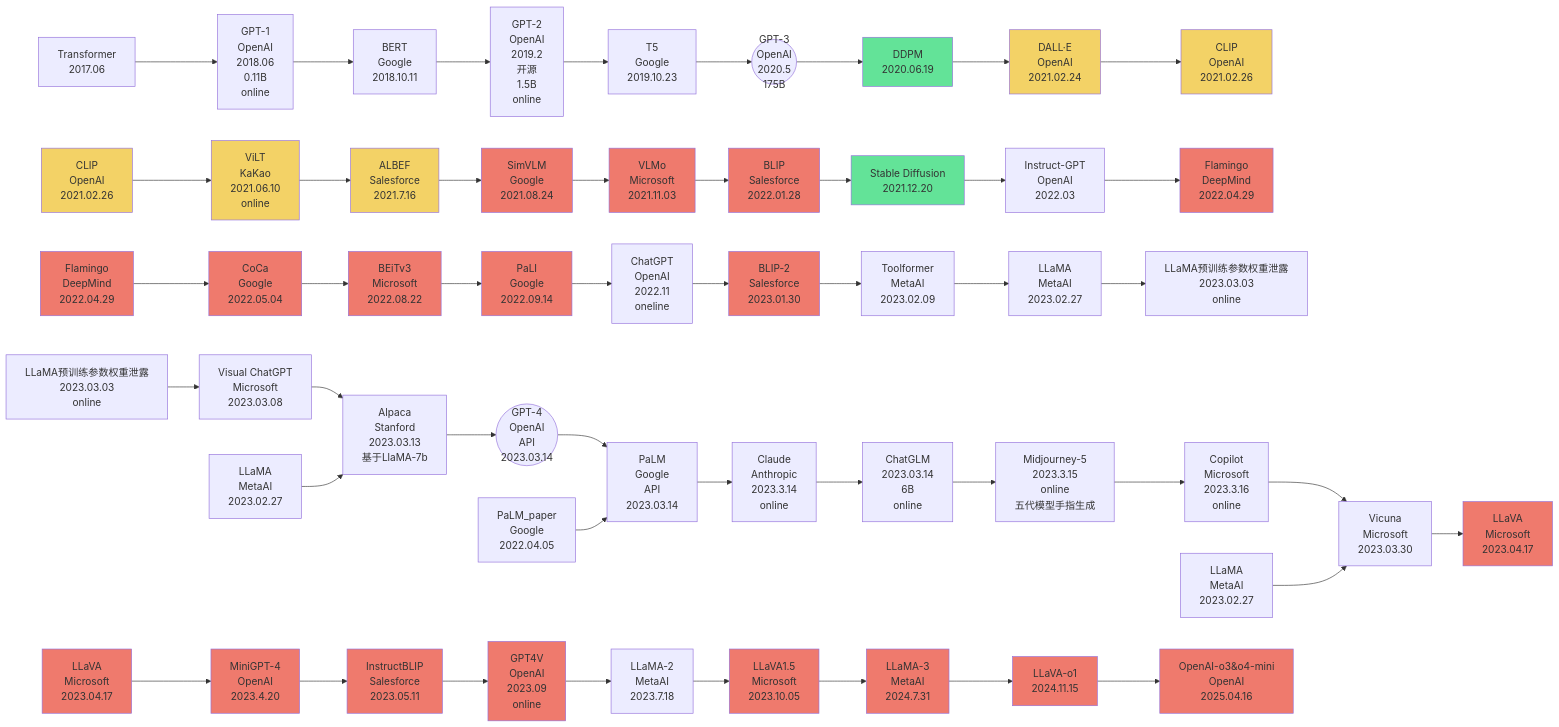
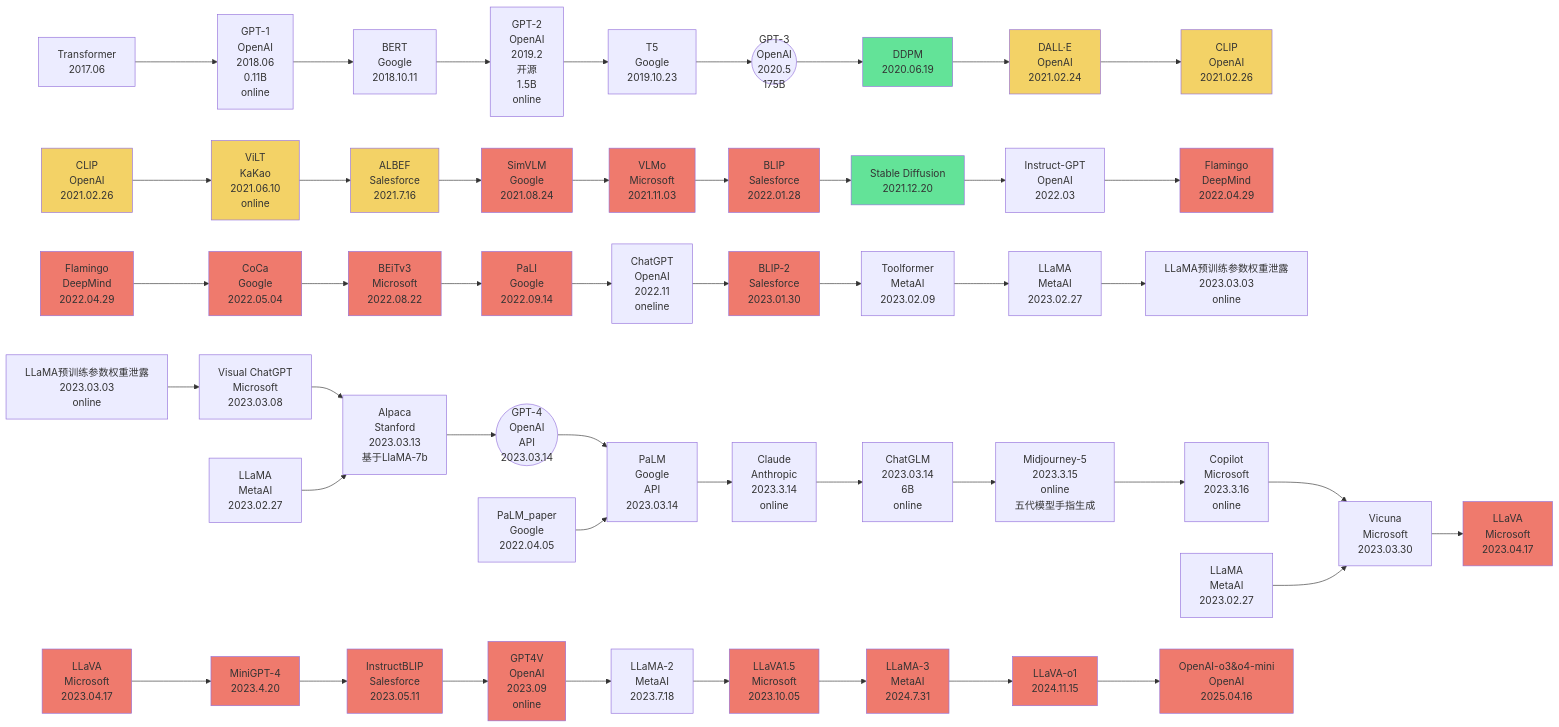
The diagram in LLM.md (Elephant-King9/Paper), drawn with Mermaid before and after one commit. The commit also changed 4 other files, not shown here.

Commit message:
update_MiniGPT-4: Enhancing Vision-Language Understanding with Advanced Large Language Models

```diff
--- a/LLM.md
+++ b/LLM.md
@@ -79,7 +79,7 @@
 		style LLaVA fill:#EF7A6D
 	LLaVA_1[LLaVA<br>Microsoft<br>2023.04.17]
 		style LLaVA_1 fill:#EF7A6D
-	MiniGPT-4[MiniGPT-4<br>OpenAI<br>2023.4.20]
+	MiniGPT-4[MiniGPT-4<br>2023.4.20]
 		style MiniGPT-4 fill:#EF7A6D
 	InstructBLIP[InstructBLIP<br>Salesforce<br>2023.05.11]
 		style InstructBLIP fill:#EF7A6D
```
